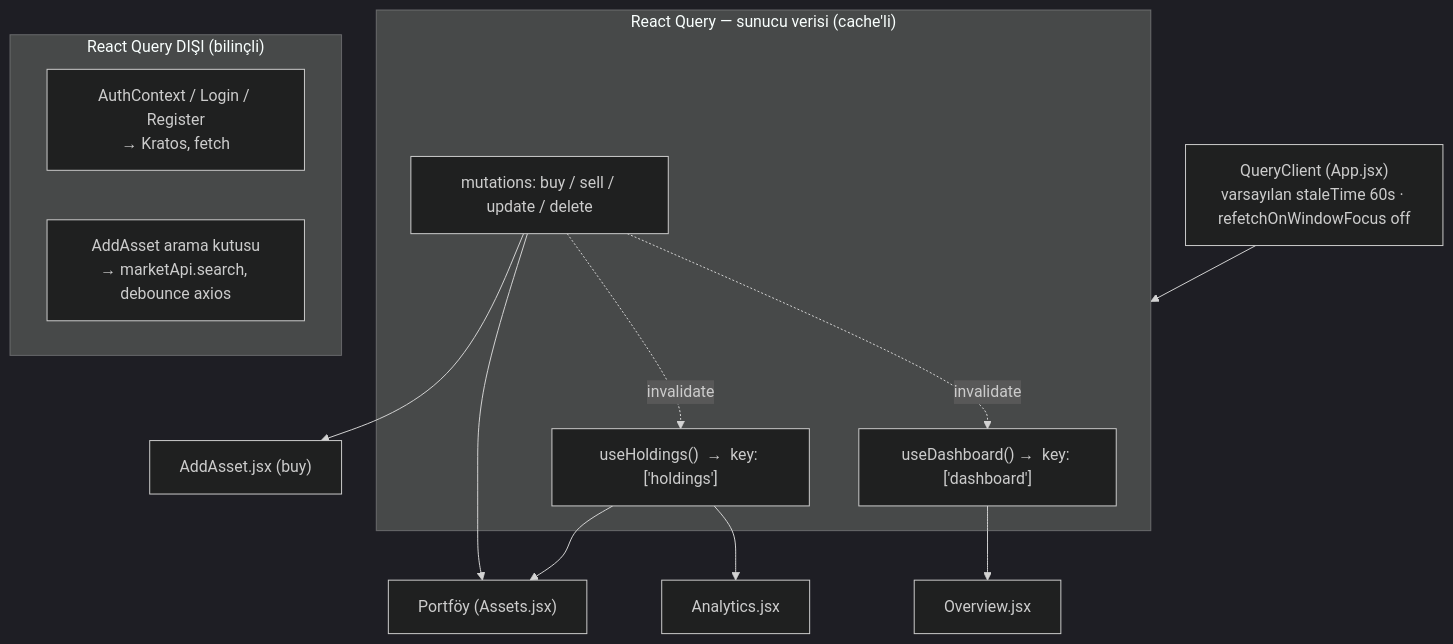
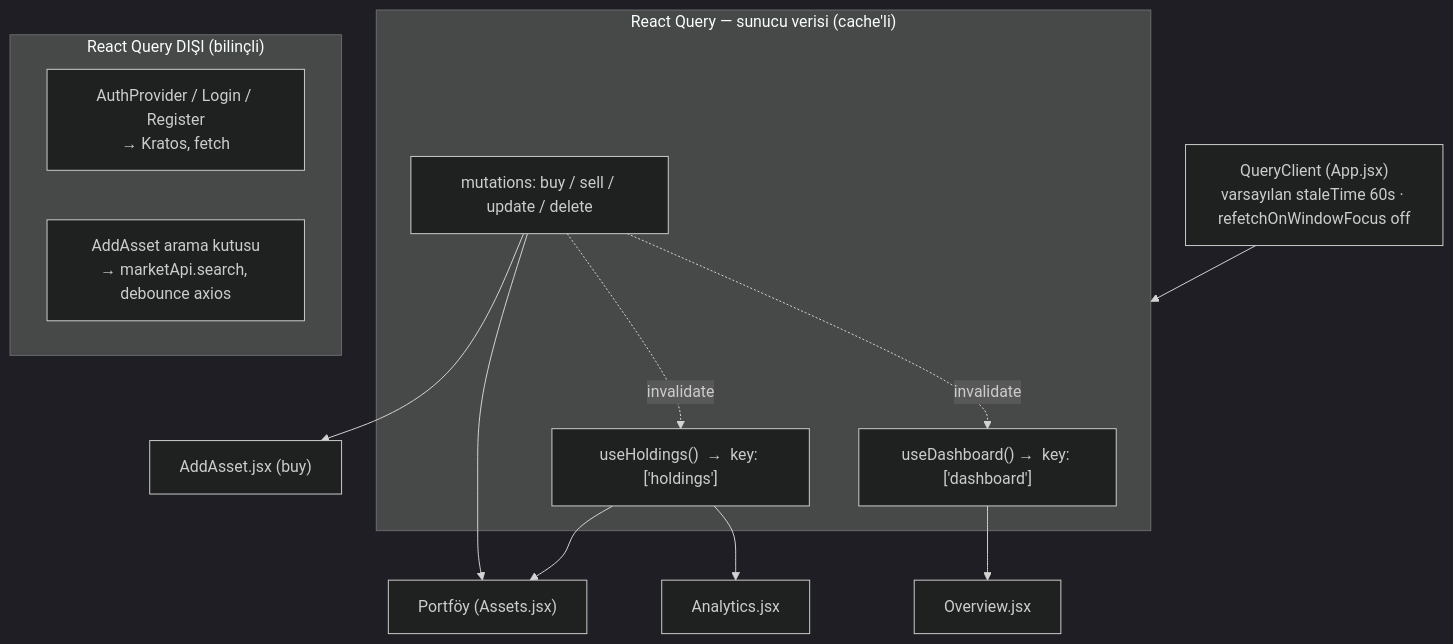
One commit to ekremcanunes/Assay changed the diagram in docs/10-standards/DATA-FETCHING.md. Above: the diagram before and after it, drawn with Mermaid (dark theme). The commit also changed other lines of this file and 11 other files, not shown here.

````diff
--- a/docs/10-standards/DATA-FETCHING.md
+++ b/docs/10-standards/DATA-FETCHING.md
@@ -11,24 +11,24 @@
 ```mermaid
 flowchart TD
     subgraph RQ["React Query — sunucu verisi (cache'li)"]
       H["useHoldings()  →  key: ['holdings']"]
       D["useDashboard() →  key: ['dashboard']"]
       M["mutations: buy / sell / update / delete"]
     end
 
     QC["QueryClient (App.jsx)\nvarsayılan staleTime 60s · refetchOnWindowFocus off"] --> RQ
 
     H --> Assets["Portföy (Assets.jsx)"]
     H --> Analytics["Analytics.jsx"]
     D --> Overview["Overview.jsx"]
     M --> AddAsset["AddAsset.jsx (buy)"]
     M --> Assets
 
     M -. "invalidate" .-> H
     M -. "invalidate" .-> D
 
     subgraph NoRQ["React Query DIŞI (bilinçli)"]
-      Auth["AuthContext / Login / Register\n→ Kratos, fetch"]
+      Auth["AuthProvider / Login / Register\n→ Kratos, fetch"]
       Search["AddAsset arama kutusu\n→ marketApi.search, debounce axios"]
     end
 ```
````
